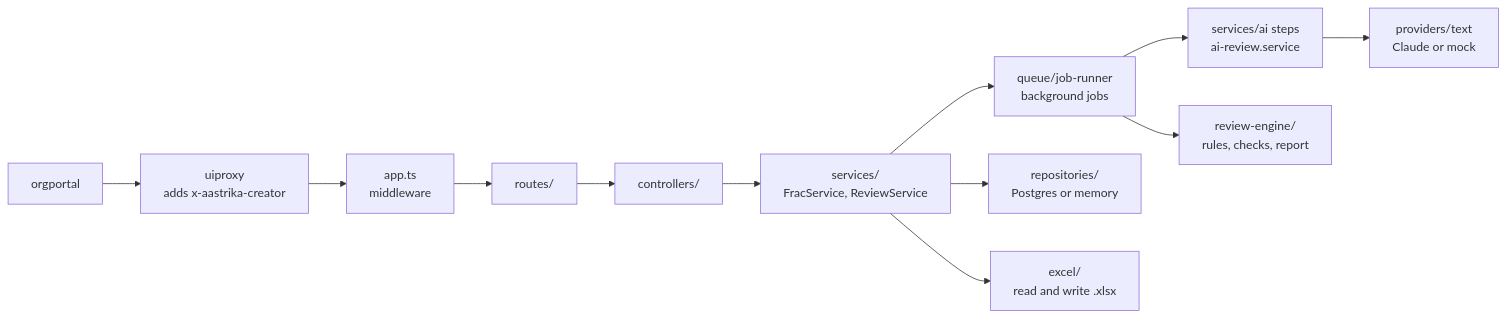
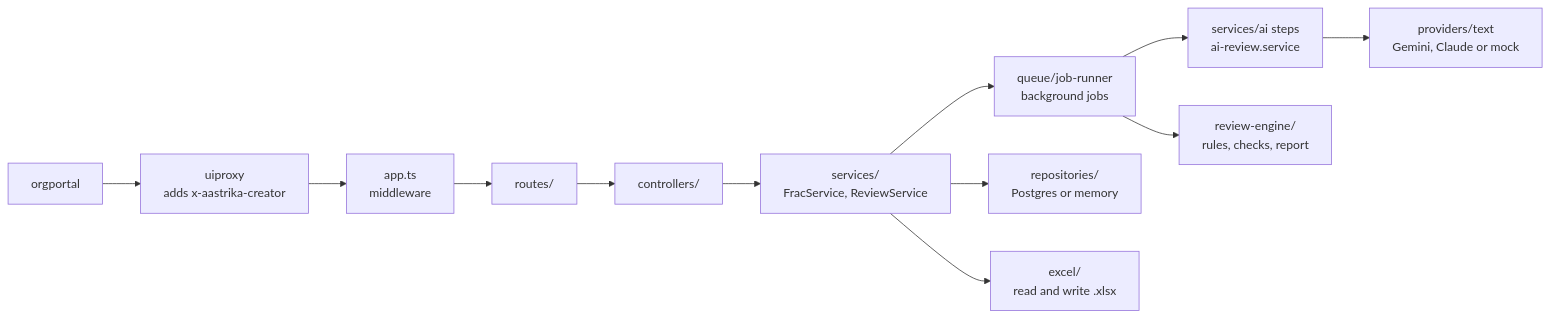
Before and after one commit to vpPavithra/frac-AIstudio-service: the diagram in docs/CODEBASE_GUIDE.md, drawn with Mermaid. The commit also changed other lines of this file and 34 other files, not shown here.

First line of the commit message:
feat: switchable AI providers with Gemini free tier as default

````diff
--- a/docs/CODEBASE_GUIDE.md
+++ b/docs/CODEBASE_GUIDE.md
@@ -25,13 +25,13 @@
 ```mermaid
 flowchart LR
   portal[orgportal] --> proxy[uiproxy<br/>adds x-aastrika-creator]
   proxy --> app[app.ts<br/>middleware]
   app --> routes[routes/] --> controllers[controllers/]
   controllers --> svc[services/<br/>FracService, ReviewService]
   svc --> runner[queue/job-runner<br/>background jobs]
   runner --> ai[services/ai steps<br/>ai-review.service]
-  ai --> provider[providers/text<br/>Claude or mock]
+  ai --> provider[providers/text<br/>Gemini, Claude or mock]
   runner --> engine[review-engine/<br/>rules, checks, report]
   svc --> repos[repositories/<br/>Postgres or memory]
   svc --> excel[excel/<br/>read and write .xlsx]
 ```
````
